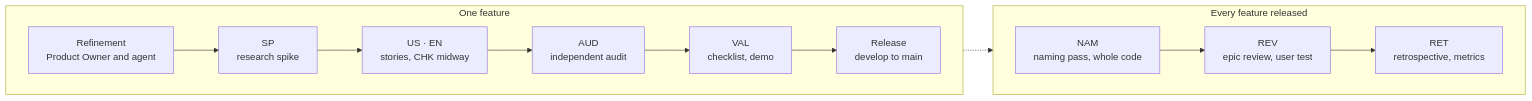
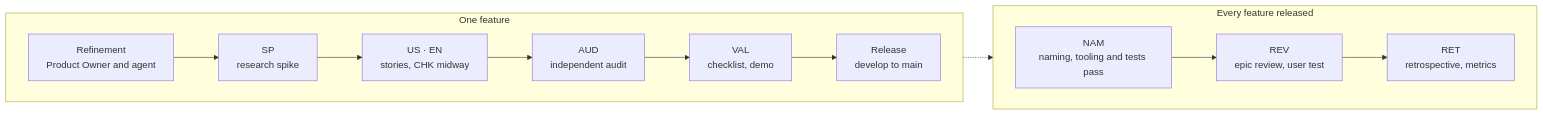
Before and after one commit to AlexandreGallais/synoptic-studio: the diagram in docs/process/agile.md, drawn with Mermaid. The commit also changed other lines of this file and 6 other files, not shown here.

````diff
--- a/docs/process/agile.md
+++ b/docs/process/agile.md
@@ -5,16 +5,16 @@
 ```mermaid
 flowchart LR
   subgraph feature [One feature]
     direction LR
     R[Refinement<br/>Product Owner and agent] --> SP[SP<br/>research spike]
     SP --> ST[US · EN<br/>stories, CHK midway]
     ST --> AUD[AUD<br/>independent audit]
     AUD --> VAL[VAL<br/>checklist, demo]
     VAL --> REL[Release<br/>develop to main]
   end
   subgraph epic [Every feature released]
     direction LR
-    NAM[NAM<br/>naming pass, whole code] --> REV[REV<br/>epic review, user test] --> RET[RET<br/>retrospective, metrics]
+    NAM[NAM<br/>naming, tooling and tests pass] --> REV[REV<br/>epic review, user test] --> RET[RET<br/>retrospective, metrics]
   end
   REL -.-> NAM
 ```
````
